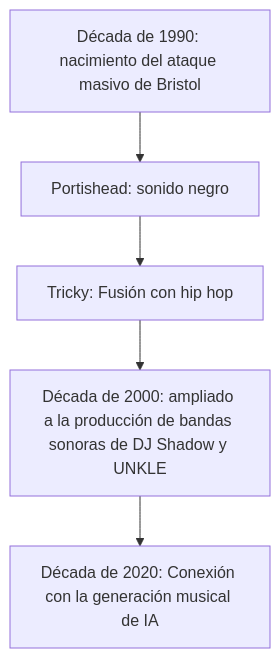
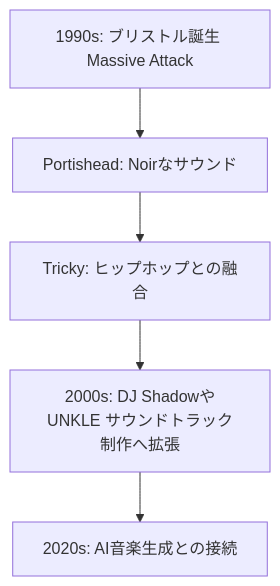
Before and after one commit to monumental-movement/monumental-movement.github.io: the first of 2 diagrams in es/_posts/2025-09-21-Column-Triphop.md, drawn with Mermaid. The commit also changed other lines of this file and 299 other files, not shown here.

```diff
--- a/es/_posts/2025-09-21-Column-Triphop.md
+++ b/es/_posts/2025-09-21-Column-Triphop.md
@@ -55,7 +55,7 @@
 <div class="mermaid">
 flowchart TD
-    A["Década de 1990: nacimiento del ataque masivo de Bristol"] --> B["Portishead: sonido negro"]
-    B --> C["Tricky: Fusión con hip hop"]
-    C --> D["Década de 2000: ampliado a la producción de bandas sonoras de DJ Shadow y UNKLE"]
-    D --> E["Década de 2020: Conexión con la generación musical de IA"]
+    A["1990s: ブリストル誕生 Massive Attack"] --> B["Portishead: Noirなサウンド"]
+    B --> C["Tricky: ヒップホップとの融合"]
+    C --> D["2000s: DJ ShadowやUNKLE サウンドトラック制作へ拡張"]
+    D --> E["2020s: AI音楽生成との接続"]
 </div>
```
